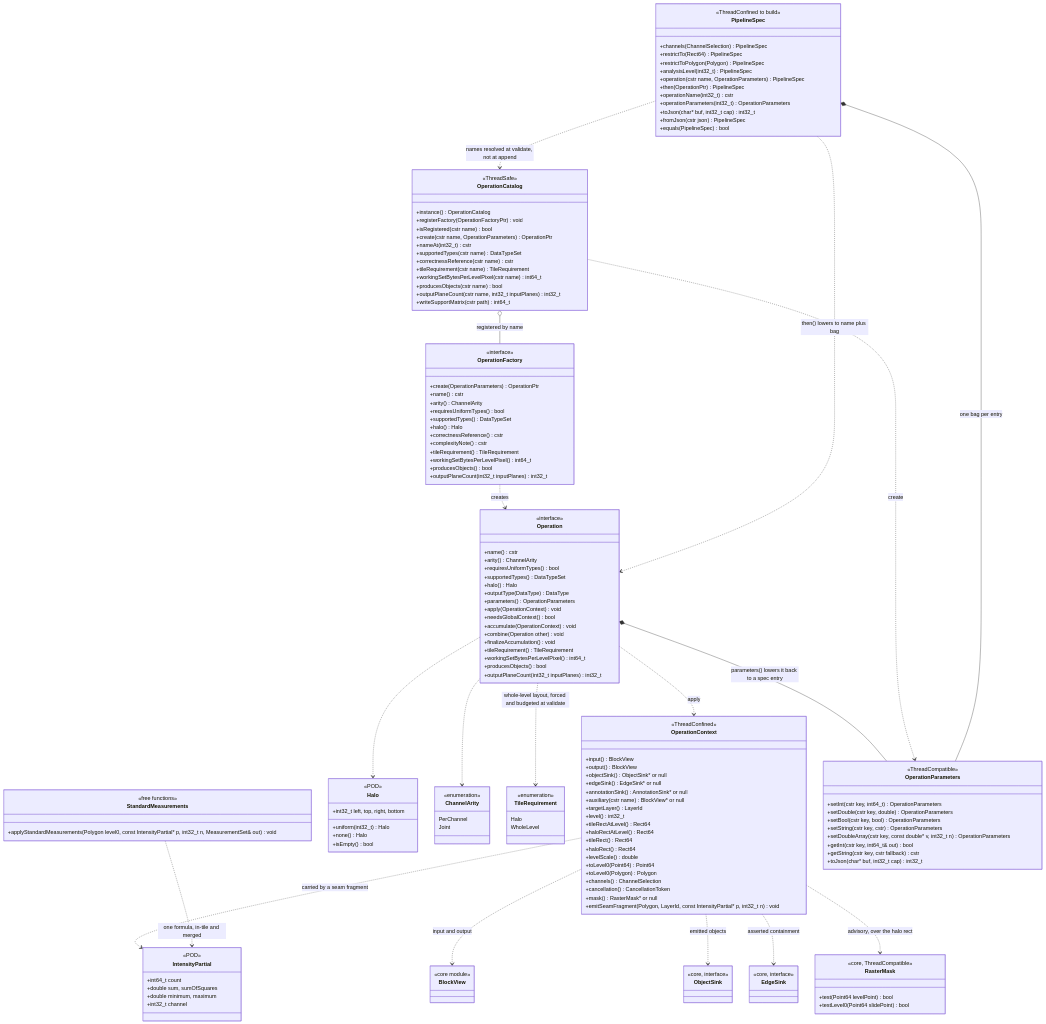
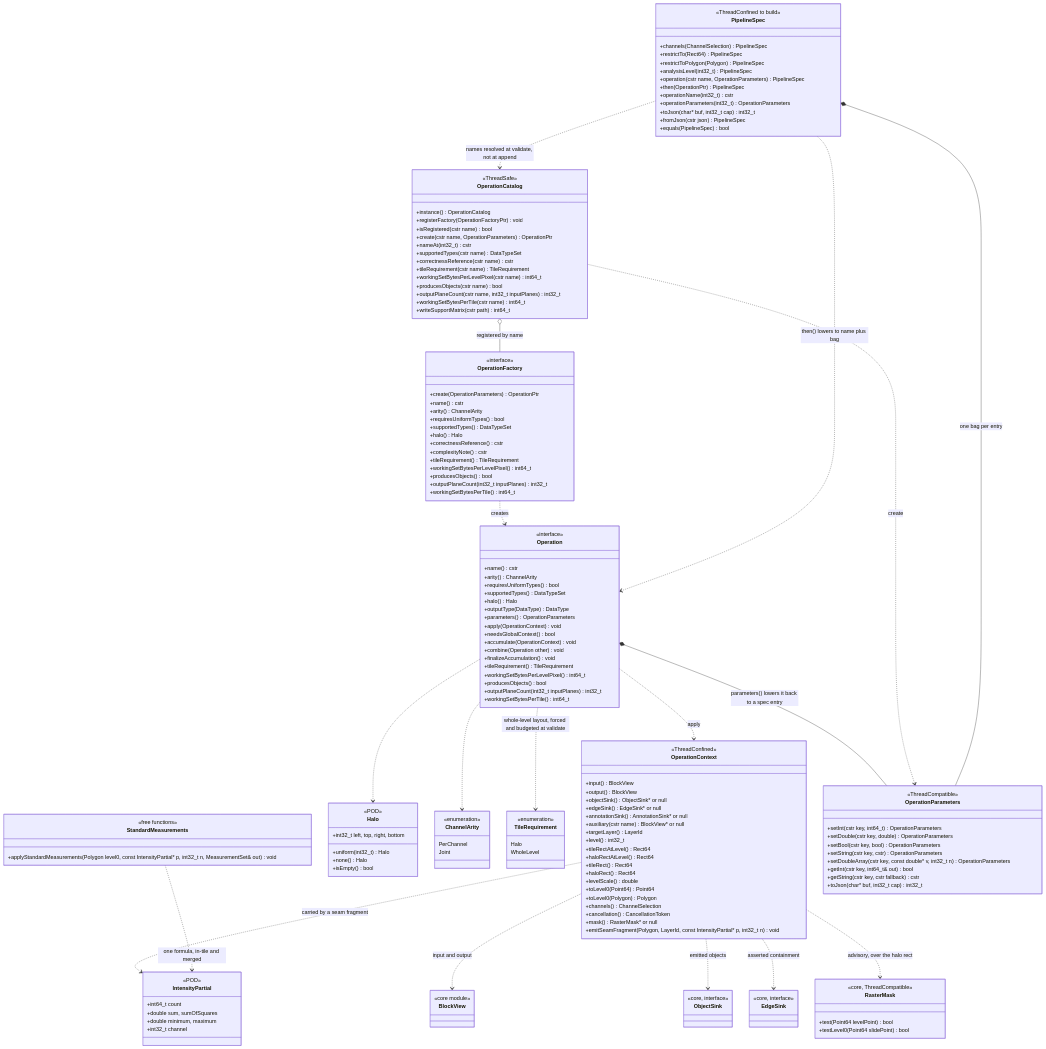
Before and after one commit to Booritas/slideio-processor: the tenth of 14 diagrams in docs/superpowers/specs/sds/08-class-diagrams.md, drawn with Mermaid. The commit also changed other lines of this file and 4 other files, not shown here.

Commit message:
docs: operations' working set in the design

```diff
--- a/docs/superpowers/specs/sds/08-class-diagrams.md
+++ b/docs/superpowers/specs/sds/08-class-diagrams.md
@@ -1227,6 +1227,7 @@
         +workingSetBytesPerLevelPixel() int64_t
         +producesObjects() bool
         +outputPlaneCount(int32_t inputPlanes) int32_t
+        +workingSetBytesPerTile() int64_t
     }
 
     class OperationContext {
@@ -1317,6 +1318,7 @@
         +workingSetBytesPerLevelPixel() int64_t
         +producesObjects() bool
         +outputPlaneCount(int32_t inputPlanes) int32_t
+        +workingSetBytesPerTile() int64_t
     }
 
     class OperationCatalog {
@@ -1332,6 +1334,7 @@
         +workingSetBytesPerLevelPixel(cstr name) int64_t
         +producesObjects(cstr name) bool
         +outputPlaneCount(cstr name, int32_t inputPlanes) int32_t
+        +workingSetBytesPerTile(cstr name) int64_t
         +writeSupportMatrix(cstr path) int64_t
     }
 
```
